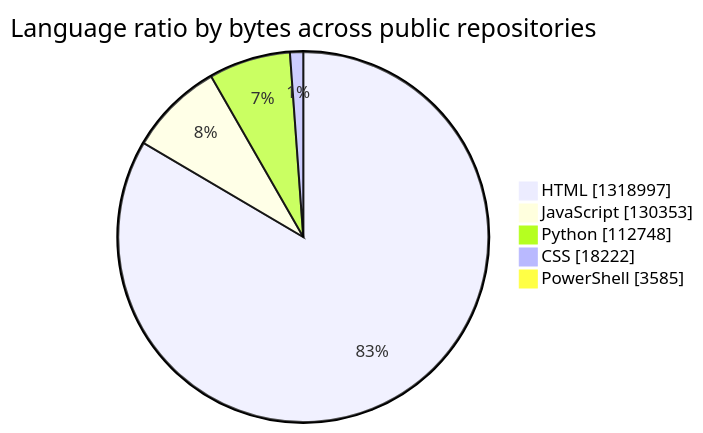
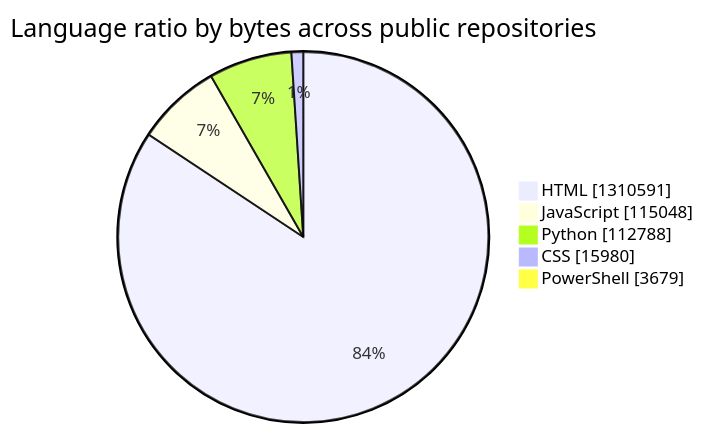
Before and after one commit to tchinso/tchinso: the diagram in README.md, drawn with Mermaid. The commit also changed other lines of this file, not shown here.

````diff
--- a/README.md
+++ b/README.md
@@ -34,9 +34,9 @@
 ```mermaid
 pie showData
     title Language ratio by bytes across public repositories
-    "HTML" : 1318997
-    "JavaScript" : 130353
-    "Python" : 112748
-    "CSS" : 18222
-    "PowerShell" : 3585
+    "HTML" : 1310591
+    "JavaScript" : 115048
+    "Python" : 112788
+    "CSS" : 15980
+    "PowerShell" : 3679
 ```
````
